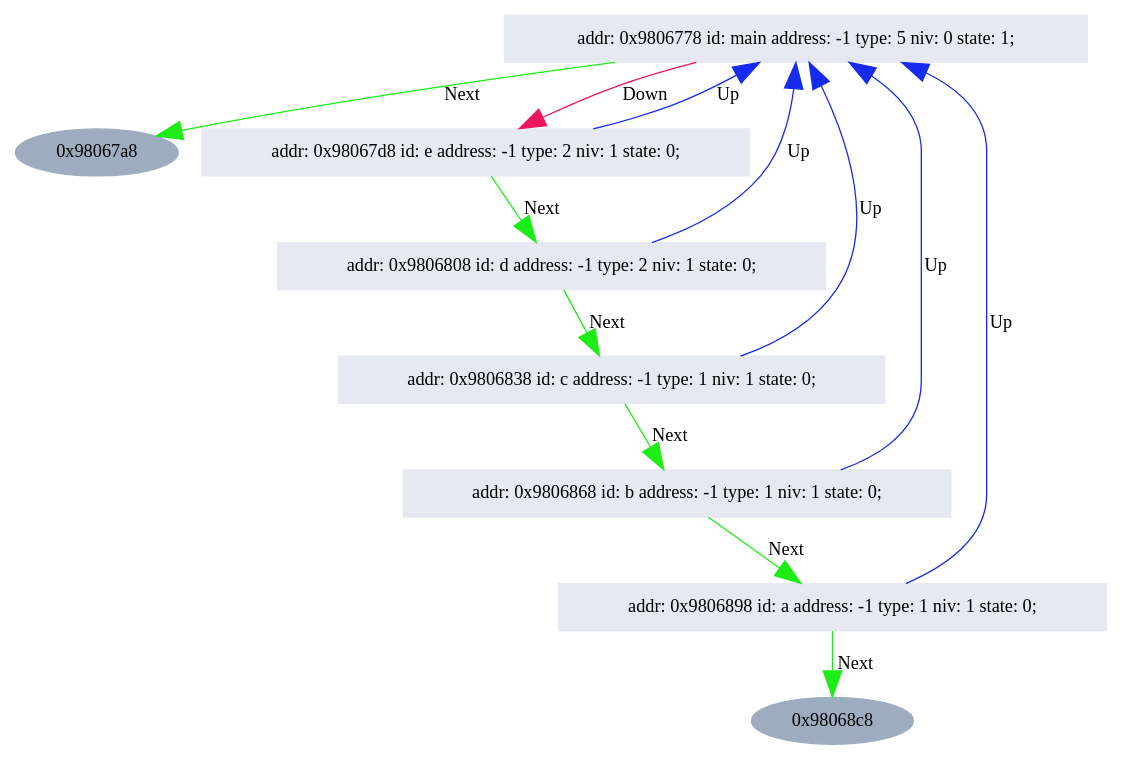
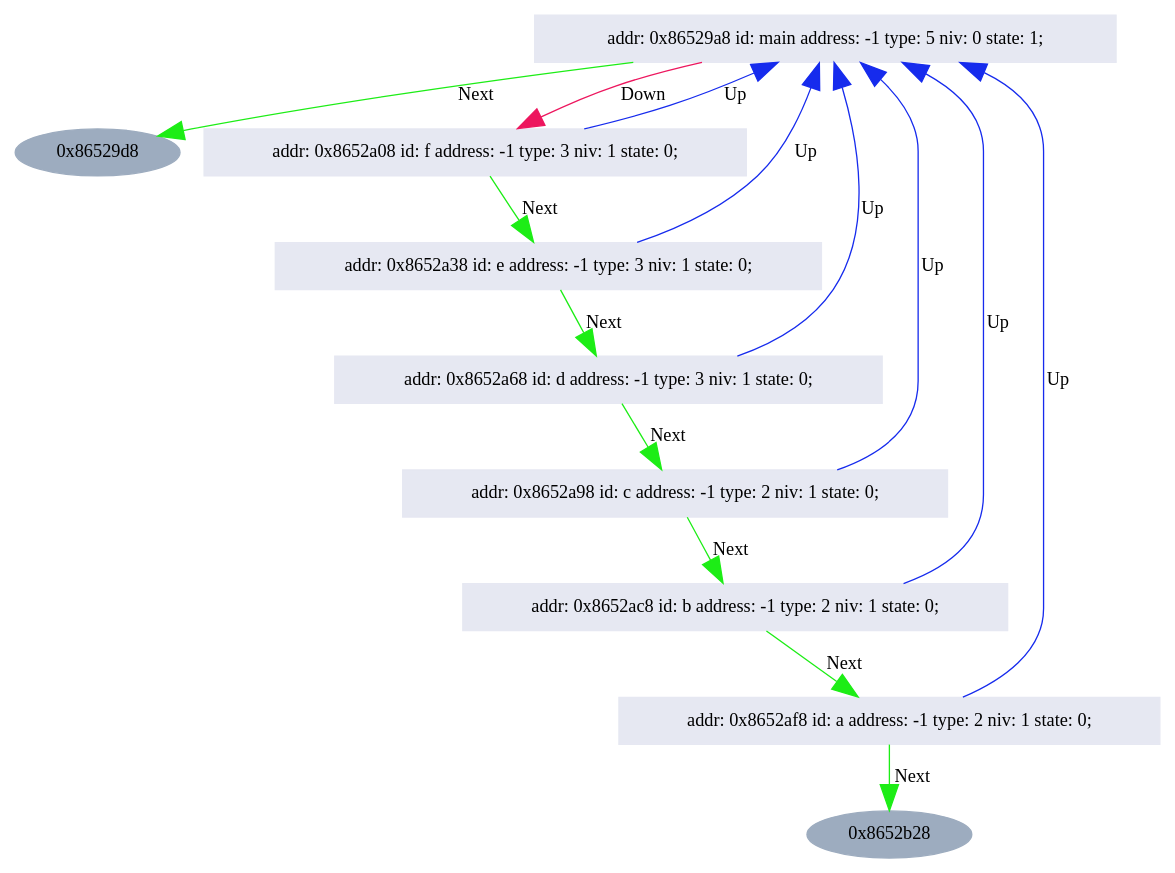
One commit to w0lf3011/13-lsd12 changed the diagram in lsd12/code/TabSymGraph.dot. Above: the diagram before and after it, drawn with Graphviz. The commit also changed 11 other files, not shown here.

```diff
--- a/lsd12/code/TabSymGraph.dot
+++ b/lsd12/code/TabSymGraph.dot
@@ -1,27 +1,30 @@
 //dot -Tjpg -oArbreGraph.jpg ArbreGraph.dot
 digraph LSD12{
 	bgcolor=white
 	node [color="#9DACBF", fontcolor="#000000", style=filled];
 	edge [arrowsize=2, color="#000000"];
 
 // A remplacer avec ce qu'il y a entre ";*** BEGIN printTreeGraphViz(..) +locations ***" et ";*** END printTreeGraphViz(..) +locations ***"
 
-"0x9806778"[shape=box, color="#e6e8f2", fontcolor="#000000",label="addr: 0x9806778 id: main address: -1 type: 5 niv: 0 state: 1;"];
-"0x9806778" -> "0x98067a8" [color="#1DED16", label="Next"];
-"0x9806778" -> "0x98067d8"[color="#ED165E", label="Down"];
-"0x98067d8"[shape=box, color="#e6e8f2", fontcolor="#000000",label="addr: 0x98067d8 id: e address: -1 type: 2 niv: 1 state: 0;"];
-"0x98067d8" -> "0x9806808" [color="#1DED16", label="Next"];
-"0x98067d8" -> "0x9806778"[color="#162BED", label="Up"];
-"0x9806808"[shape=box, color="#e6e8f2", fontcolor="#000000",label="addr: 0x9806808 id: d address: -1 type: 2 niv: 1 state: 0;"];
-"0x9806808" -> "0x9806838" [color="#1DED16", label="Next"];
-"0x9806808" -> "0x9806778"[color="#162BED", label="Up"];
-"0x9806838"[shape=box, color="#e6e8f2", fontcolor="#000000",label="addr: 0x9806838 id: c address: -1 type: 1 niv: 1 state: 0;"];
-"0x9806838" -> "0x9806868" [color="#1DED16", label="Next"];
-"0x9806838" -> "0x9806778"[color="#162BED", label="Up"];
-"0x9806868"[shape=box, color="#e6e8f2", fontcolor="#000000",label="addr: 0x9806868 id: b address: -1 type: 1 niv: 1 state: 0;"];
-"0x9806868" -> "0x9806898" [color="#1DED16", label="Next"];
-"0x9806868" -> "0x9806778"[color="#162BED", label="Up"];
-"0x9806898"[shape=box, color="#e6e8f2", fontcolor="#000000",label="addr: 0x9806898 id: a address: -1 type: 1 niv: 1 state: 0;"];
-"0x9806898" -> "0x98068c8" [color="#1DED16", label="Next"];
-"0x9806898" -> "0x9806778"[color="#162BED", label="Up"];
+"0x86529a8"[shape=box, color="#e6e8f2", fontcolor="#000000",label="addr: 0x86529a8 id: main address: -1 type: 5 niv: 0 state: 1;"];
+"0x86529a8" -> "0x86529d8" [color="#1DED16", label="Next"];
+"0x86529a8" -> "0x8652a08"[color="#ED165E", label="Down"];
+"0x8652a08"[shape=box, color="#e6e8f2", fontcolor="#000000",label="addr: 0x8652a08 id: f address: -1 type: 3 niv: 1 state: 0;"];
+"0x8652a08" -> "0x8652a38" [color="#1DED16", label="Next"];
+"0x8652a08" -> "0x86529a8"[color="#162BED", label="Up"];
+"0x8652a38"[shape=box, color="#e6e8f2", fontcolor="#000000",label="addr: 0x8652a38 id: e address: -1 type: 3 niv: 1 state: 0;"];
+"0x8652a38" -> "0x8652a68" [color="#1DED16", label="Next"];
+"0x8652a38" -> "0x86529a8"[color="#162BED", label="Up"];
+"0x8652a68"[shape=box, color="#e6e8f2", fontcolor="#000000",label="addr: 0x8652a68 id: d address: -1 type: 3 niv: 1 state: 0;"];
+"0x8652a68" -> "0x8652a98" [color="#1DED16", label="Next"];
+"0x8652a68" -> "0x86529a8"[color="#162BED", label="Up"];
+"0x8652a98"[shape=box, color="#e6e8f2", fontcolor="#000000",label="addr: 0x8652a98 id: c address: -1 type: 2 niv: 1 state: 0;"];
+"0x8652a98" -> "0x8652ac8" [color="#1DED16", label="Next"];
+"0x8652a98" -> "0x86529a8"[color="#162BED", label="Up"];
+"0x8652ac8"[shape=box, color="#e6e8f2", fontcolor="#000000",label="addr: 0x8652ac8 id: b address: -1 type: 2 niv: 1 state: 0;"];
+"0x8652ac8" -> "0x8652af8" [color="#1DED16", label="Next"];
+"0x8652ac8" -> "0x86529a8"[color="#162BED", label="Up"];
+"0x8652af8"[shape=box, color="#e6e8f2", fontcolor="#000000",label="addr: 0x8652af8 id: a address: -1 type: 2 niv: 1 state: 0;"];
+"0x8652af8" -> "0x8652b28" [color="#1DED16", label="Next"];
+"0x8652af8" -> "0x86529a8"[color="#162BED", label="Up"];
 }
```
